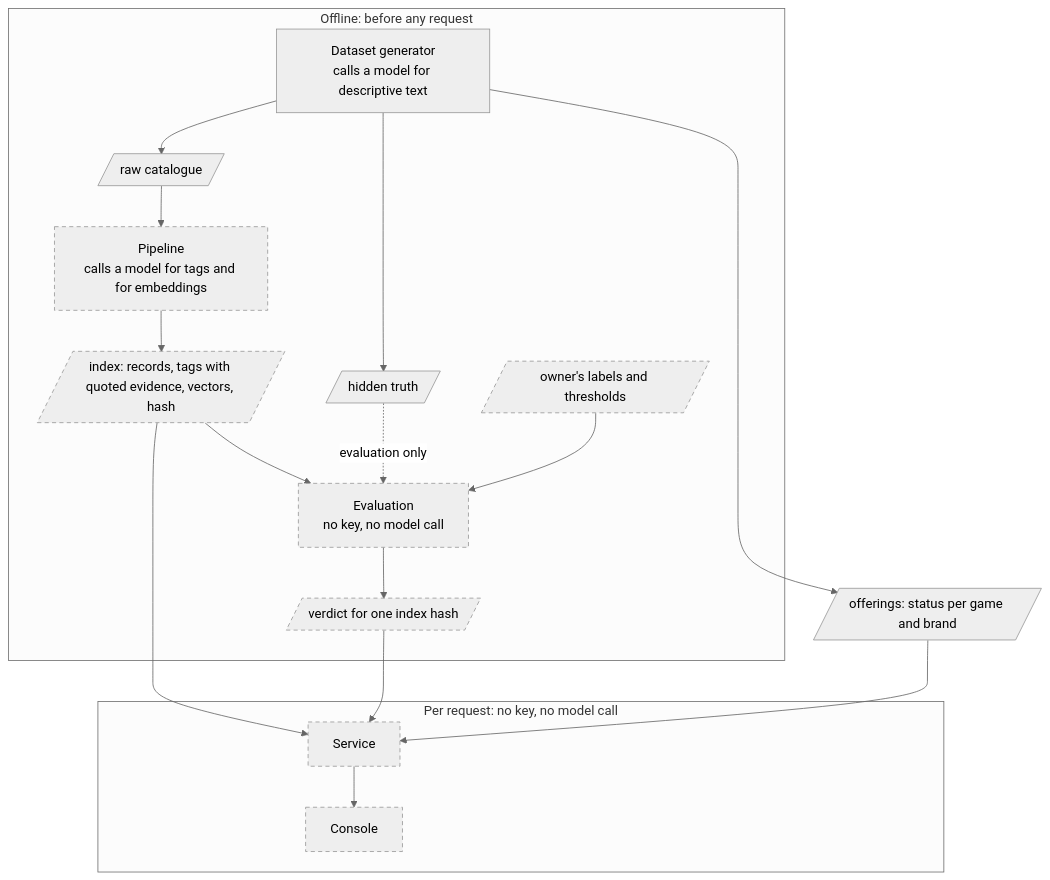
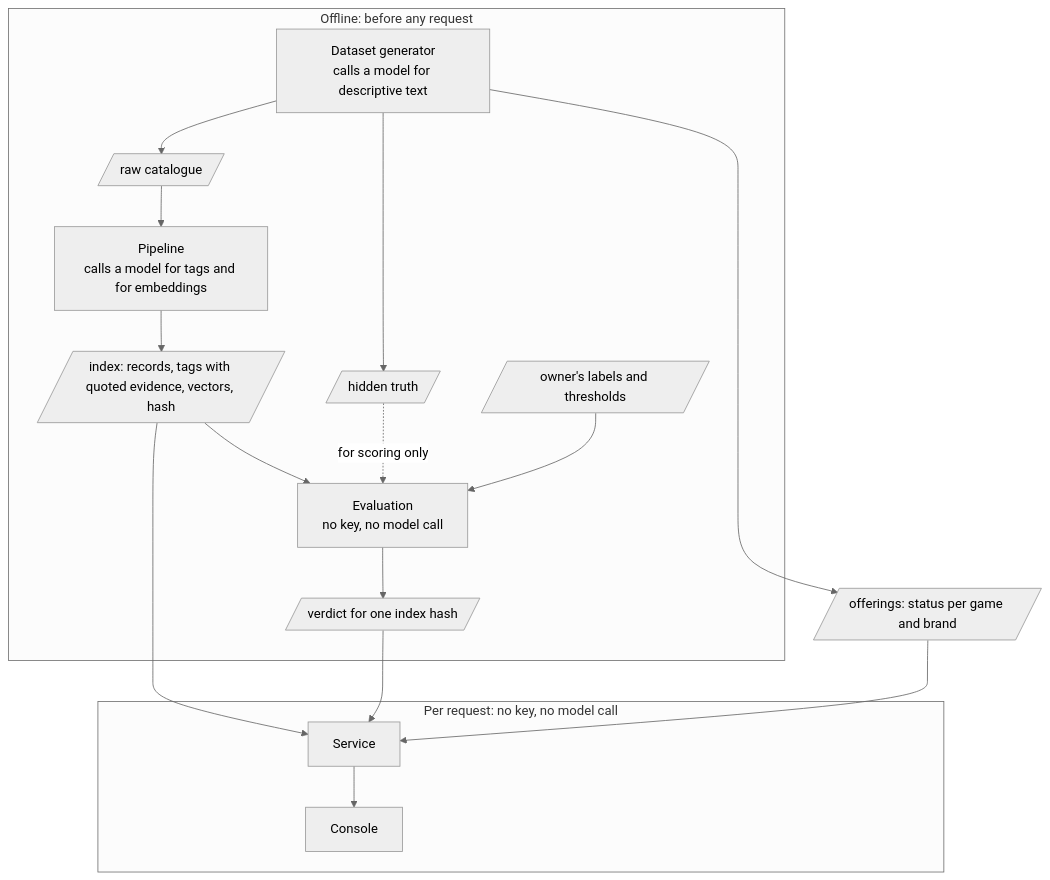
The diagram in docs/architecture.md (AndriiPasternak31/because-you-played), drawn with Mermaid (neutral theme) before and after one commit. The commit also changed other lines of this file and 2 other files, not shown here.

````diff
--- a/docs/architecture.md
+++ b/docs/architecture.md
@@ -15,33 +17,31 @@
 ```mermaid
 flowchart TD
   subgraph OFFLINE["Offline: before any request"]
     GEN["Dataset generator<br/>calls a model for descriptive text"]
     RAW[/"raw catalogue"/]
     TRUTH[/"hidden truth"/]
     PIPE["Pipeline<br/>calls a model for tags and for embeddings"]
     INDEX[/"index: records, tags with quoted evidence, vectors, hash"/]
     REFS[/"owner's labels and thresholds"/]
     EVAL["Evaluation<br/>no key, no model call"]
     VERDICT[/"verdict for one index hash"/]
   end
   OFFER[/"offerings: status per game and brand"/]
   subgraph REQUEST["Per request: no key, no model call"]
     SVC["Service"]
     CON["Console"]
   end
   GEN --> RAW
   GEN --> TRUTH
   GEN --> OFFER
   RAW --> PIPE
   PIPE --> INDEX
   INDEX --> EVAL
-  TRUTH -.->|evaluation only| EVAL
+  TRUTH -.->|for scoring only| EVAL
   REFS --> EVAL
   EVAL --> VERDICT
   INDEX --> SVC
   VERDICT --> SVC
   OFFER --> SVC
   SVC --> CON
-  classDef planned stroke-dasharray: 5 4
-  class PIPE,INDEX,REFS,EVAL,VERDICT,SVC,CON planned
 ```
````
